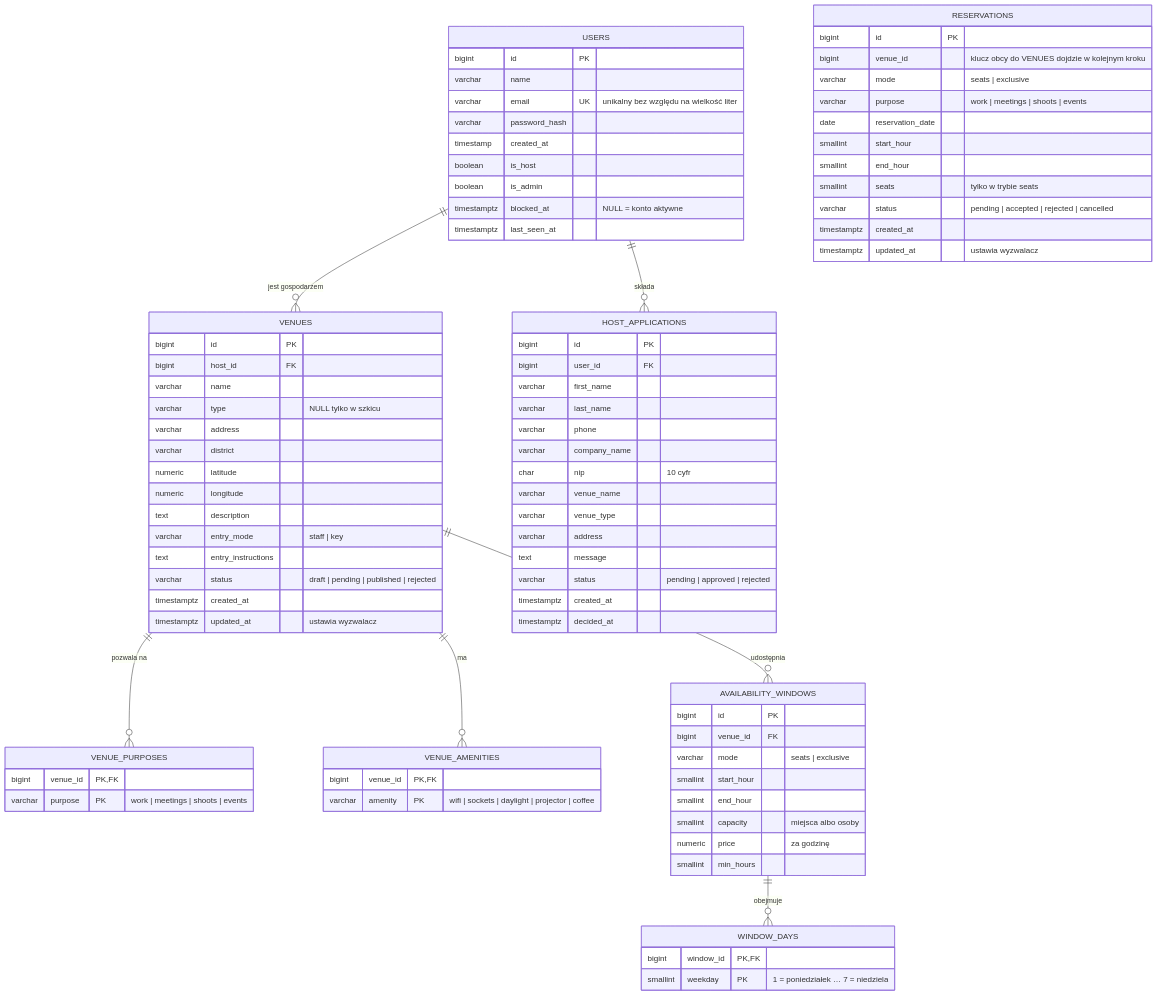
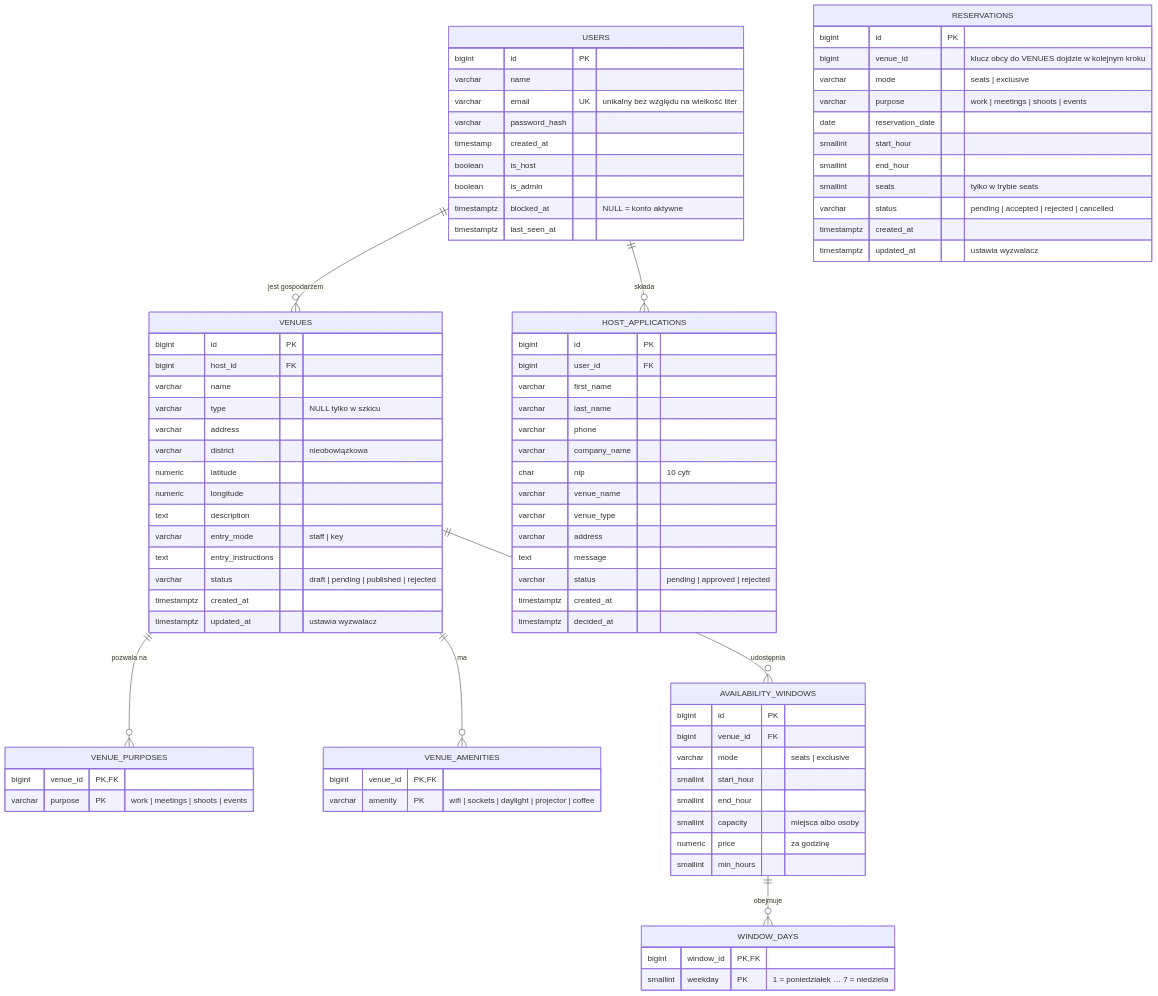
One commit to JaneckiGit/wdpai-project changed the diagram in README.md. Above: the diagram before and after it, drawn with Mermaid. The commit also changed other lines of this file and 1 other file, not shown here.

Commit message:
fix: district is optional because the add venue form does not collect it

```diff
--- a/README.md
+++ b/README.md
@@ -232,7 +232,7 @@
         varchar name
         varchar type "NULL tylko w szkicu"
         varchar address
-        varchar district
+        varchar district "nieobowiązkowa"
         numeric latitude
         numeric longitude
         text description
```
